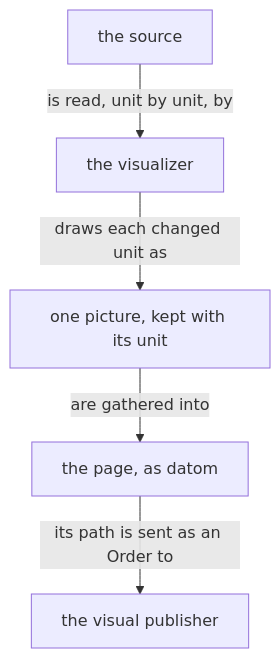
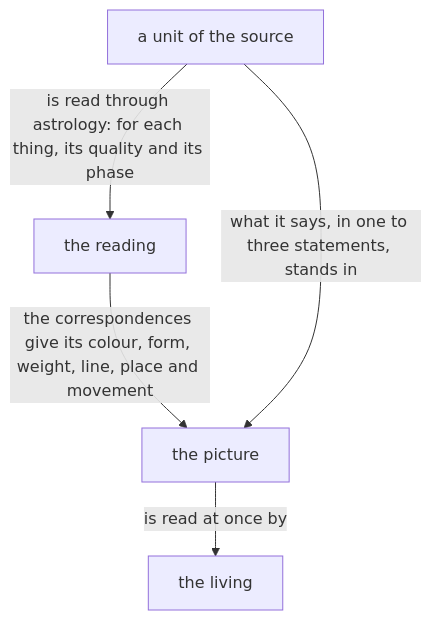
One commit to LiGoldragon/mind-belief changed the diagram in notion/visualizer/0.md. Above: the diagram before and after it, drawn with Mermaid. The commit also changed other lines of this file and 2 other files, not shown here.

First line of the commit message:
notion/picture-devices/0.md new, notion/visualizer/0.md rewritten: every picture shows a flow, from the bag of devices (Fable lmvu, deployed on Fable word)

````diff
--- a/notion/visualizer/0.md
+++ b/notion/visualizer/0.md
@@ -24,7 +10,7 @@
 ```mermaid
 flowchart TB
-    s["the source"] -- "is read, unit by unit, by" --> v["the visualizer"]
-    v -- "draws each changed unit as" --> p["one picture, kept with its unit"]
-    p -- "are gathered into" --> g["the page, as datom"]
-    g -- "its path is sent as an Order to" --> b["the visual publisher"]
+    u["a unit of the source"] -- "is read through astrology: for each thing, its quality and its phase" --> r["the reading"]
+    r -- "the correspondences give its colour, form, weight, line, place and movement" --> p["the picture"]
+    u -- "what it says, in one to three statements, stands in" --> p
+    p -- "is read at once by" --> l["the living"]
 ```
````
